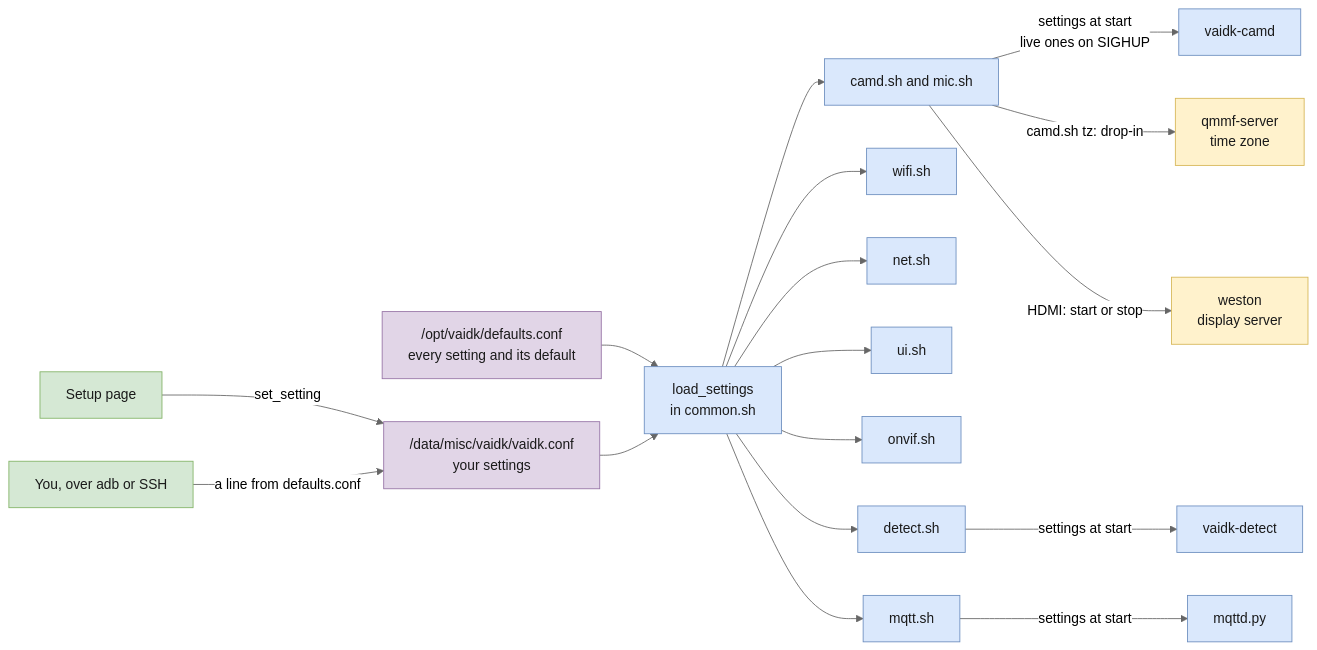
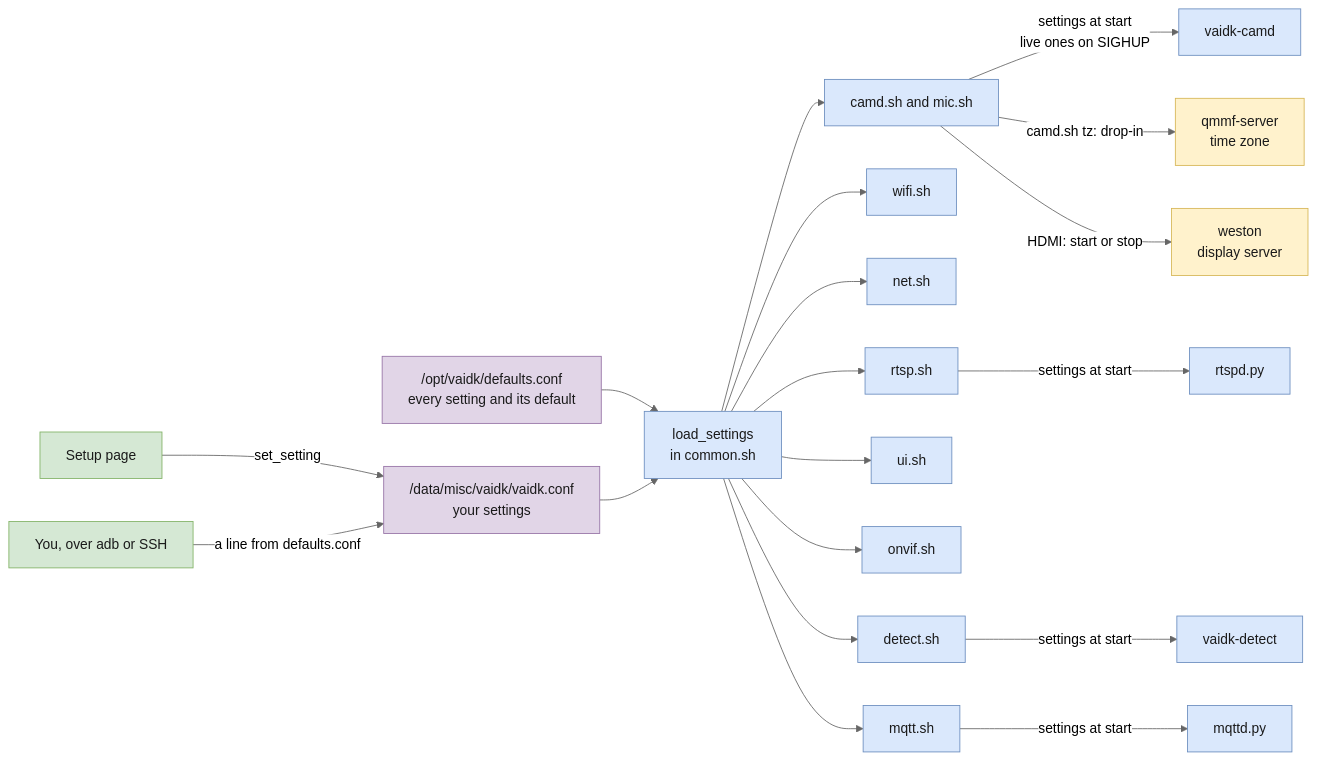
One commit to howardginsburg/VisionAIDevKitRTSP changed the eighth of 11 diagrams in ARCHITECTURE.md. Above: the diagram before and after it, drawn with Mermaid (neutral theme). The commit also changed other lines of this file and 16 other files, not shown here.

````diff
--- a/ARCHITECTURE.md
+++ b/ARCHITECTURE.md
@@ -331,27 +333,29 @@
 ```mermaid
 flowchart LR
     defaults["/opt/vaidk/defaults.conf<br/>every setting and its default"] --> load["load_settings<br/>in common.sh"]
     conf["/data/misc/vaidk/vaidk.conf<br/>your settings"] --> load
     page["Setup page"] -- "set_setting" --> conf
     hand["You, over adb or SSH"] -- "a line from defaults.conf" --> conf
     load --> camd["camd.sh and mic.sh"]
     load --> wifi["wifi.sh"]
     load --> net["net.sh"]
+    load --> rtspsh["rtsp.sh"]
     load --> ui["ui.sh"]
     load --> onvif["onvif.sh"]
     load --> detsh["detect.sh"]
     load --> mqttsh["mqtt.sh"]
     camd -- "settings at start<br/>live ones on SIGHUP" --> prog["vaidk-camd"]
     camd -- "camd.sh tz: drop-in" --> qmmf["qmmf-server<br/>time zone"]
     camd -- "HDMI: start or stop" --> weston["weston<br/>display server"]
+    rtspsh -- "settings at start" --> rtspd["rtspd.py"]
     detsh -- "settings at start" --> det["vaidk-detect"]
     mqttsh -- "settings at start" --> mq["mqttd.py"]
     classDef use fill:#d5e8d4,stroke:#82b366,color:#1a1a1a
     classDef data fill:#e1d5e7,stroke:#9673a6,color:#1a1a1a
     classDef mod fill:#dae8fc,stroke:#6c8ebf,color:#1a1a1a
     classDef os fill:#fff2cc,stroke:#d6b656,color:#1a1a1a
     class page,hand use
     class defaults,conf data
-    class load,camd,wifi,net,ui,onvif,detsh,mqttsh,prog,det,mq mod
+    class load,camd,wifi,net,rtspsh,ui,onvif,detsh,mqttsh,prog,rtspd,det,mq mod
     class qmmf,weston os
 ```
````
